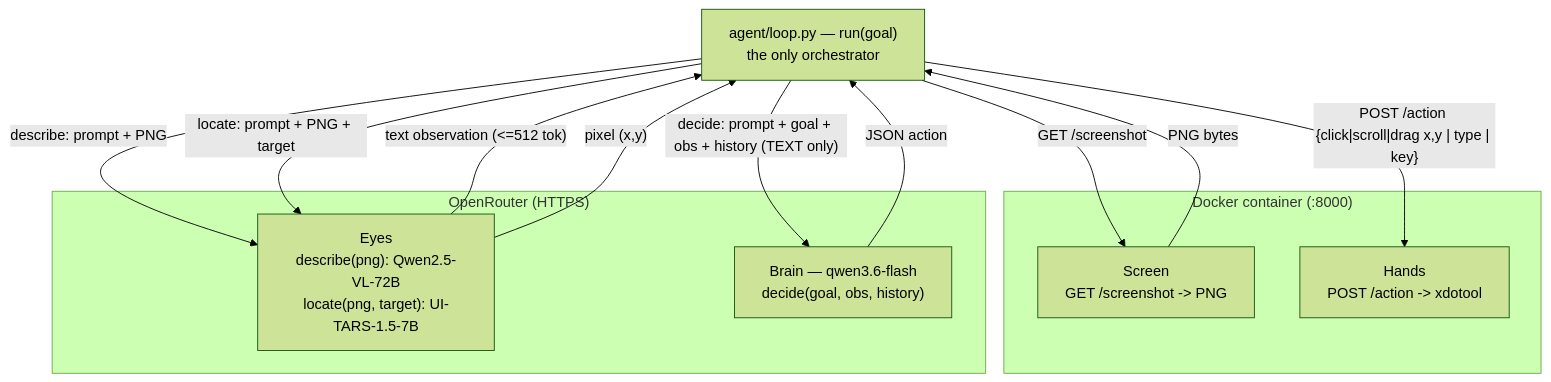
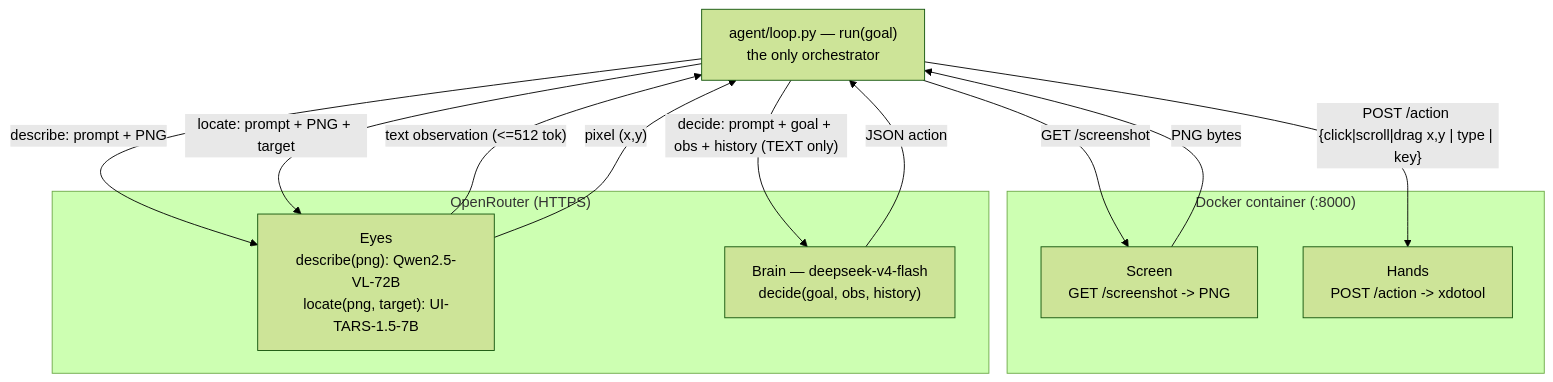
The first of 5 diagrams in docs/agent-loop-flow.md (alvseek/BRYES), drawn with Mermaid (forest theme) before and after one commit. The commit also changed other lines of this file and 10 other files, not shown here.

First line of the commit message:
feat(brain): structured output via response_format json_schema (ADR-005 amended) — deepseek primary + gemini backup

````diff
--- a/docs/agent-loop-flow.md
+++ b/docs/agent-loop-flow.md
@@ -39,24 +39,24 @@
 ```mermaid
 graph TD
     Loop["agent/loop.py — run(goal)<br/>the only orchestrator"]
 
     subgraph container["Docker container (:8000)"]
         Screen["Screen<br/>GET /screenshot -> PNG"]
         Hands["Hands<br/>POST /action -> xdotool"]
     end
 
     subgraph openrouter["OpenRouter (HTTPS)"]
         Eyes["Eyes<br/>describe(png): Qwen2.5-VL-72B<br/>locate(png, target): UI-TARS-1.5-7B"]
-        Brain["Brain — qwen3.6-flash<br/>decide(goal, obs, history)"]
+        Brain["Brain — deepseek-v4-flash<br/>decide(goal, obs, history)"]
     end
 
     Loop -->|"GET /screenshot"| Screen
     Screen -->|"PNG bytes"| Loop
     Loop -->|"describe: prompt + PNG"| Eyes
     Eyes -->|"text observation (<=512 tok)"| Loop
     Loop -->|"decide: prompt + goal + obs + history (TEXT only)"| Brain
     Brain -->|"JSON action"| Loop
     Loop -->|"locate: prompt + PNG + target"| Eyes
     Eyes -->|"pixel (x,y)"| Loop
     Loop -->|"POST /action {click|scroll|drag x,y | type | key}"| Hands
 ```
````
